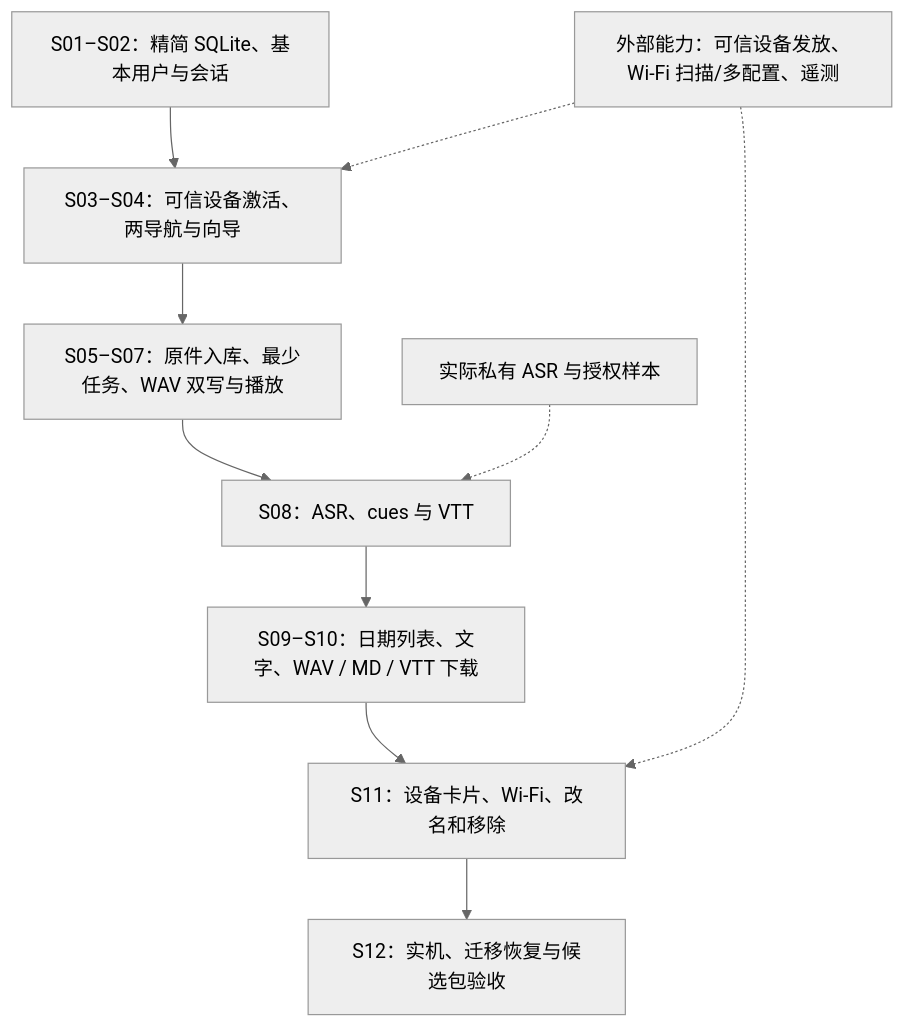
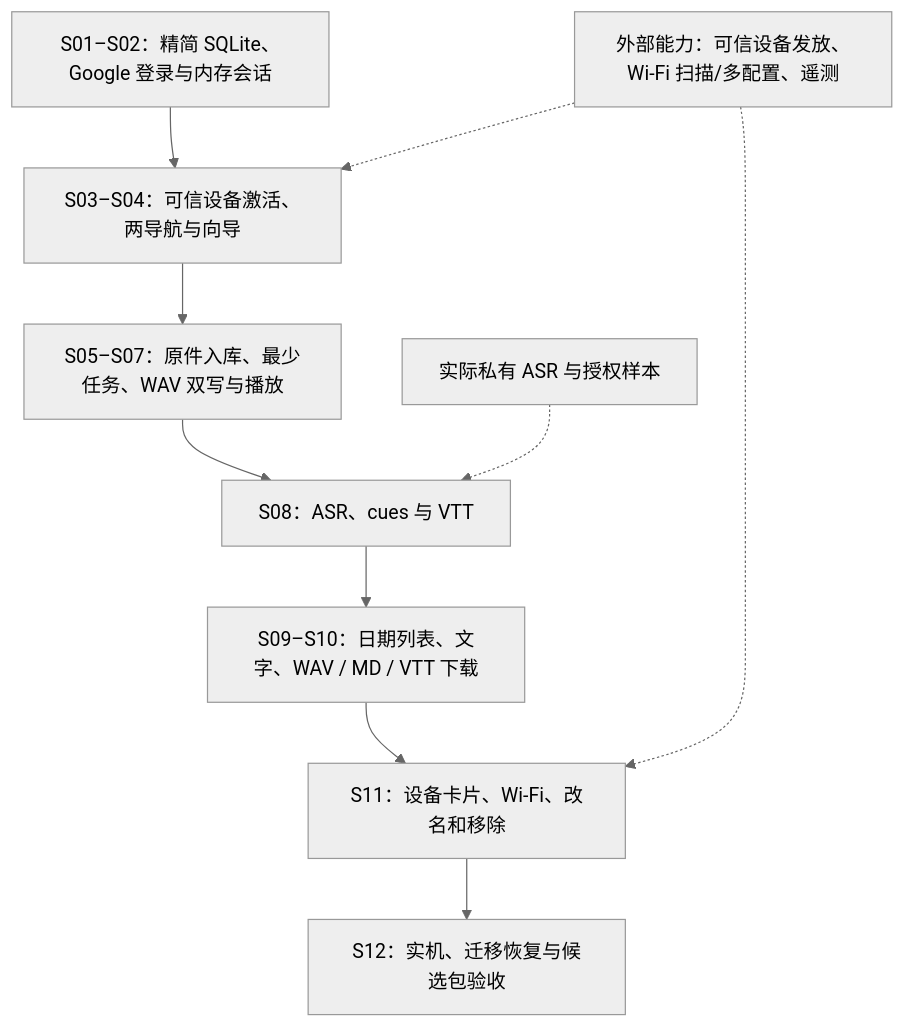
Before and after one commit to boboliu-1010/speaker: the diagram in docs/assets/diagrams/12-implementation-order.mmd, drawn with Mermaid (neutral theme). The commit also changed 27 other files, not shown here.

Commit message:
docs: complete diagram-first design with memory login and transcript storage

```diff
--- a/docs/assets/diagrams/12-implementation-order.mmd
+++ b/docs/assets/diagrams/12-implementation-order.mmd
@@ -1,10 +1,10 @@
 flowchart TB
-    A["S01–S02：精简 SQLite、基本用户与会话"] --> B["S03–S04：可信设备激活、两导航与向导"]
+    A["S01–S02：精简 SQLite、Google 登录与内存会话"] --> B["S03–S04：可信设备激活、两导航与向导"]
     B --> C["S05–S07：原件入库、最少任务、WAV 双写与播放"]
     C --> D["S08：ASR、cues 与 VTT"]
     D --> E["S09–S10：日期列表、文字、WAV / MD / VTT 下载"]
     E --> F["S11：设备卡片、Wi-Fi、改名和移除"]
     F --> G["S12：实机、迁移恢复与候选包验收"]
     Device["外部能力：可信设备发放、Wi-Fi 扫描/多配置、遥测"] -.-> B
     Device -.-> F
     Provider["实际私有 ASR 与授权样本"] -.-> D
```
